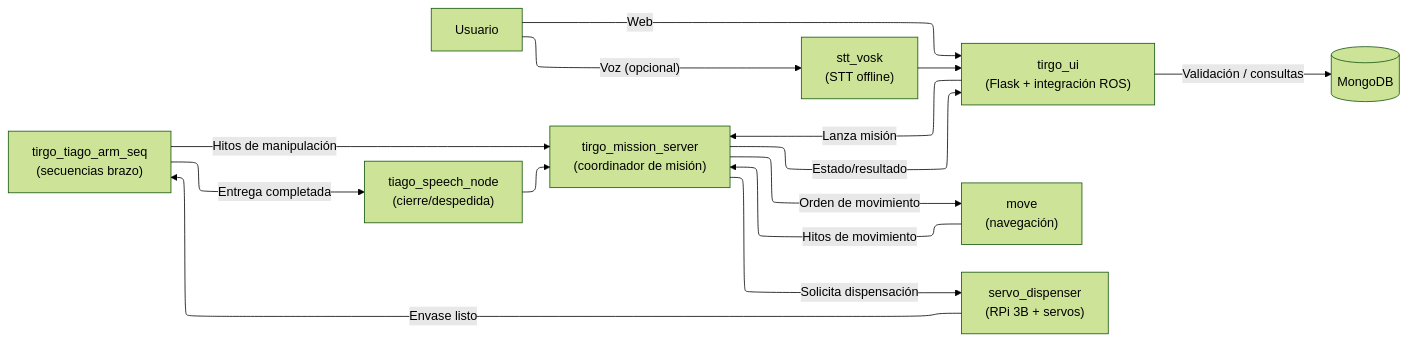
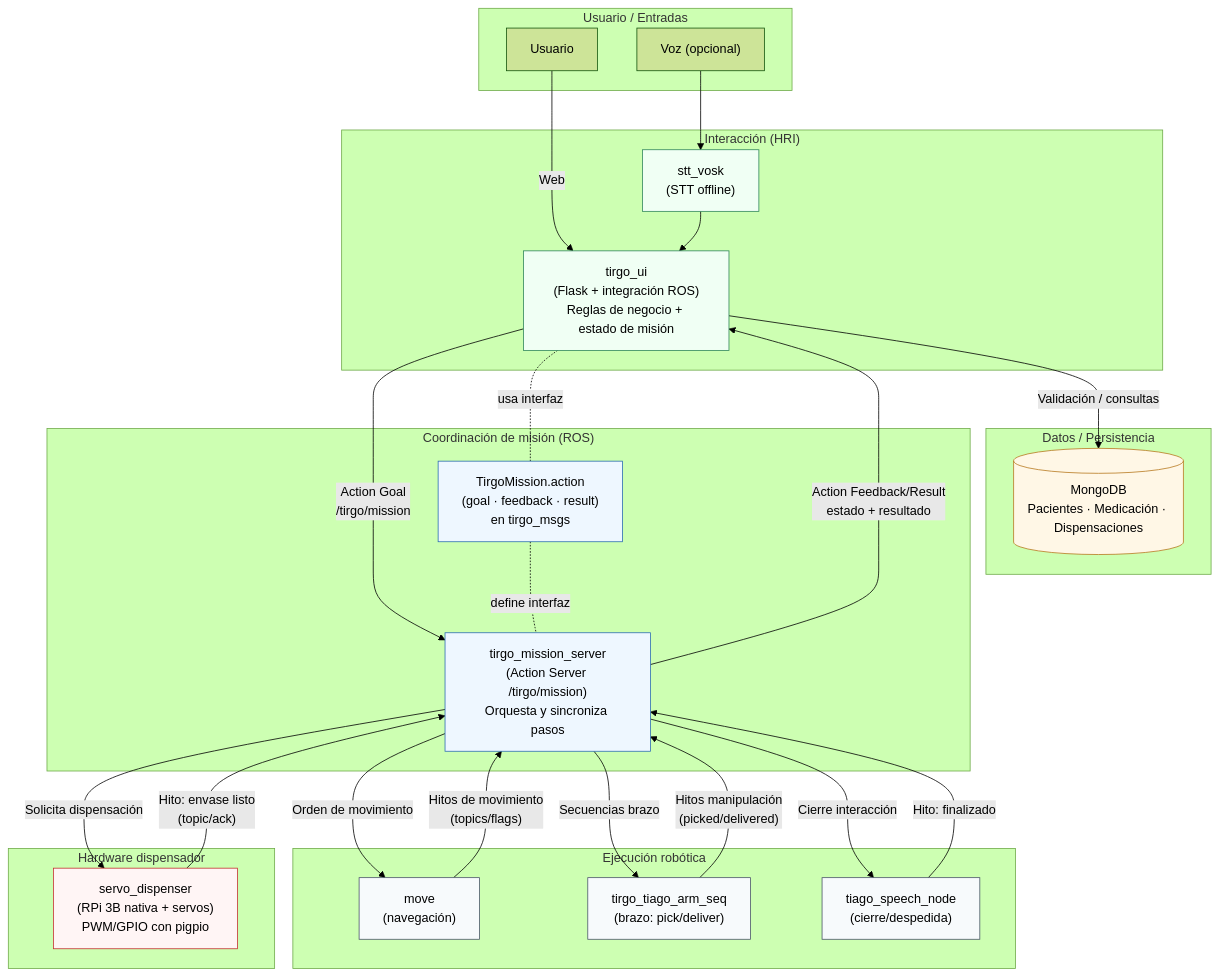
One commit to lucascampillode/TirGo changed the first of 3 diagrams in README.md. Above: the diagram before and after it, drawn with Mermaid (forest theme). The commit also changed other lines of this file, not shown here.

````diff
--- a/README.md
+++ b/README.md
@@ -234,25 +231,61 @@
 ```mermaid
 ---
 config:
-  layout: elk
+  layout: dagre
 ---
-flowchart LR
-    U["Usuario"] -- Web --> UI["tirgo_ui<br/>(Flask + integración ROS)"]
-    U -- Voz (opcional) --> STT["stt_vosk<br/>(STT offline)"]
+flowchart TB
+ subgraph A["Usuario / Entradas"]
+        U["Usuario"]
+        VOZ["Voz (opcional)"]
+  end
+ subgraph HRI["Interacción (HRI)"]
+        UI["tirgo_ui<br>(Flask + integración ROS)<br>Reglas de negocio + estado de misión"]
+        STT["stt_vosk<br>(STT offline)"]
+  end
+ subgraph DATA["Datos / Persistencia"]
+        DB[("MongoDB<br>Pacientes · Medicación · Dispensaciones")]
+  end
+ subgraph COORD["Coordinación de misión (ROS)"]
+        MS["tirgo_mission_server<br>(Action Server /tirgo/mission)<br>Orquesta y sincroniza pasos"]
+        ACTION["TirgoMission.action<br>(goal · feedback · result)<br>en tirgo_msgs"]
+  end
+ subgraph EXEC["Ejecución robótica"]
+        MV["move<br>(navegación)"]
+        ARM["tirgo_tiago_arm_seq<br>(brazo: pick/deliver)"]
+        SP["tiago_speech_node<br>(cierre/despedida)"]
+  end
+ subgraph HW["Hardware dispensador"]
+        SD["servo_dispenser<br>(RPi 3B nativa + servos)<br>PWM/GPIO con pigpio"]
+  end
+    U -- Web --> UI
+    VOZ --> STT
     STT --> UI
+    UI -- Validación / consultas --> DB
+    UI -- Action Goal<br>/tirgo/mission --> MS
+    MS -- Action Feedback/Result<br>estado + resultado --> UI
+    ACTION -. define interfaz .- MS
+    UI -. usa interfaz .- ACTION
+    MS -- Orden de movimiento --> MV
+    MV -- Hitos de movimiento<br>(topics/flags) --> MS
+    MS -- Solicita dispensación --> SD
+    SD -- Hito: envase listo<br>(topic/ack) --> MS
+    MS -- Secuencias brazo --> ARM
+    ARM -- Hitos manipulación<br>(picked/delivered) --> MS
+    MS -- Cierre interacción --> SP
+    SP -- Hito: finalizado --> MS
 
-    UI -- Validación / consultas --> DB[("MongoDB")]
-    UI -- Lanza misión --> MS["tirgo_mission_server<br/>(coordinador de misión)"]
-
-    MS -- Orden de movimiento --> MV["move<br/>(navegación)"]
-    MS -- Solicita dispensación --> SD["servo_dispenser<br/>(RPi 3B + servos)"]
-    SD -- Envase listo --> ARM["tirgo_tiago_arm_seq<br/>(secuencias brazo)"]
-
-    MV -- Hitos de movimiento --> MS
-    ARM -- Hitos de manipulación --> MS
-
-    ARM -- Entrega completada --> SP["tiago_speech_node<br/>(cierre/despedida)"]
-    SP --> MS
-
-    MS -- Estado/resultado --> UI
+     UI:::hri
+     STT:::hri
+     DB:::data
+     MS:::coord
+     ACTION:::coord
+     MV:::exec
+     ARM:::exec
+     SP:::exec
+     SD:::hw
+    classDef data fill:#fff7e6,stroke:#b7791f,stroke-width:1px
+    classDef coord fill:#eef7ff,stroke:#2b6cb0,stroke-width:1px
+    classDef hri fill:#f0fff4,stroke:#2f855a,stroke-width:1px
+    classDef exec fill:#f7fafc,stroke:#4a5568,stroke-width:1px
+    classDef hw fill:#fff5f5,stroke:#c53030,stroke-width:1px
 ```
````
